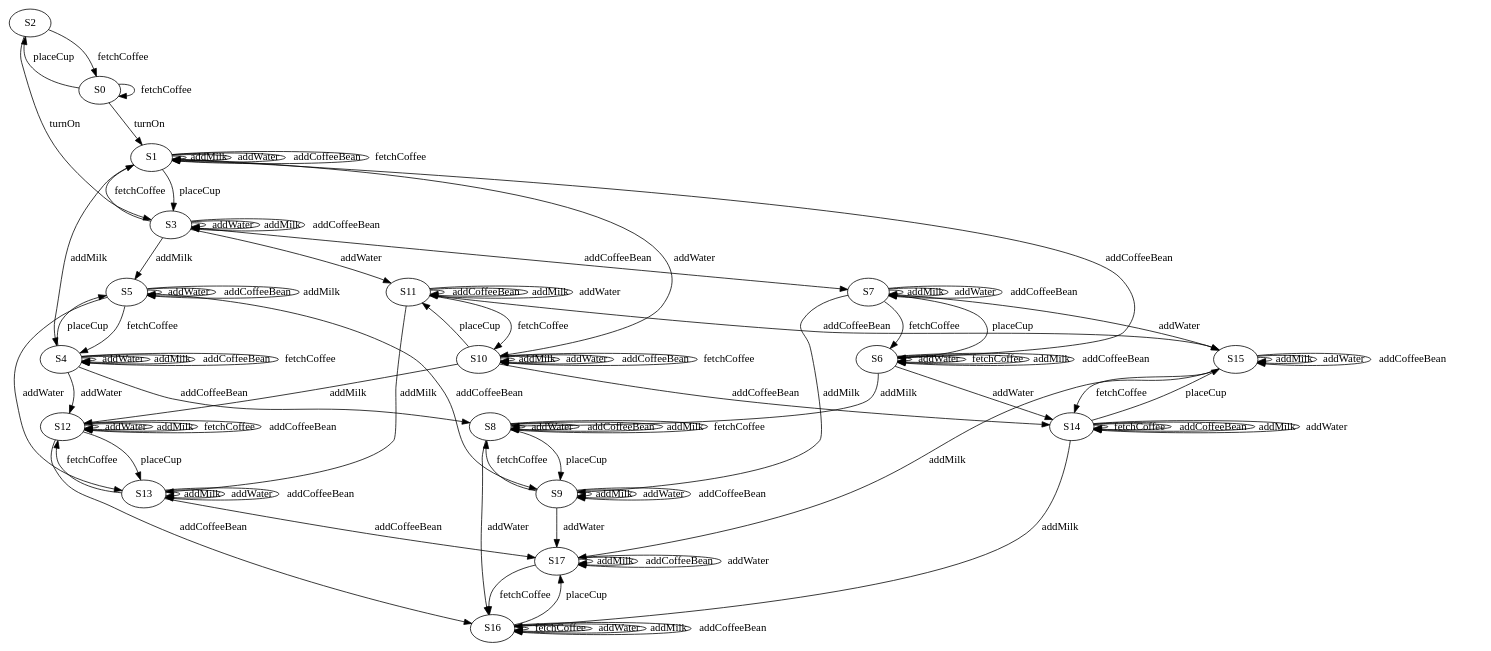
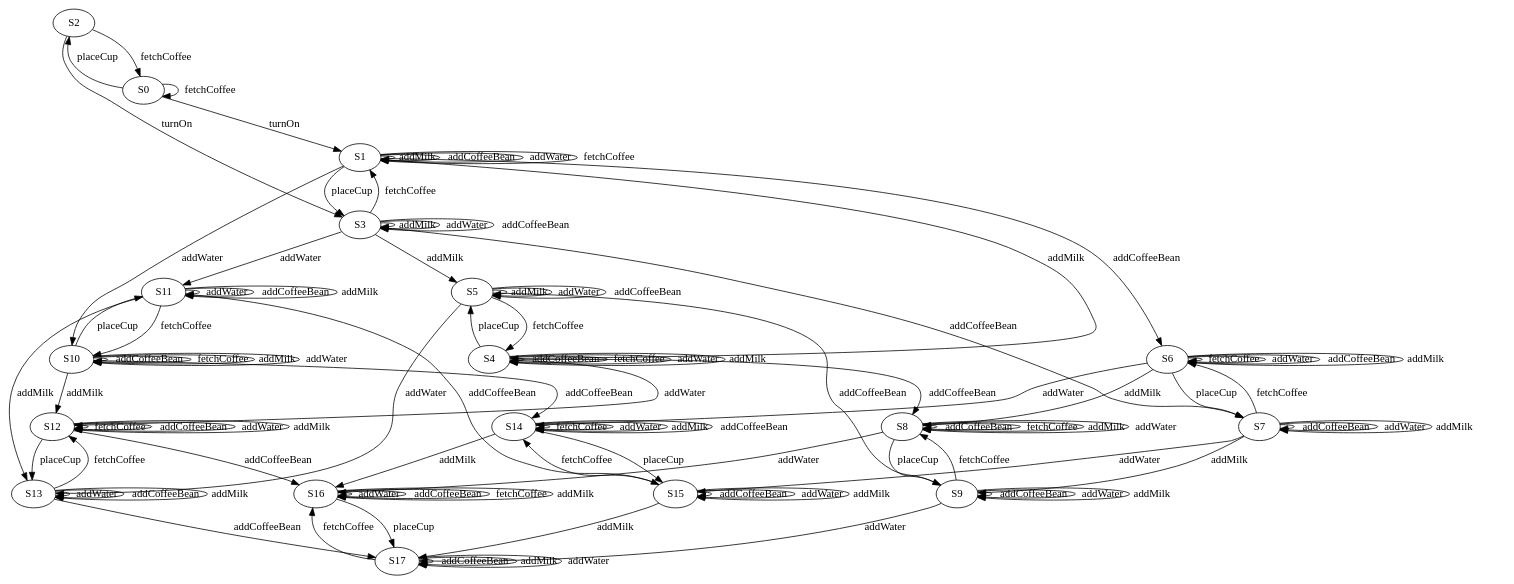
One commit to tao2years/MOCO changed the diagram in src/main/java/MOCO/modelFiles/coffeeMachine_output.dot. Above: the diagram before and after it, drawn with Graphviz. The commit also changed other lines of this file and 8 other files, not shown here.

```diff
--- a/src/main/java/MOCO/modelFiles/coffeeMachine_output.dot
+++ b/src/main/java/MOCO/modelFiles/coffeeMachine_output.dot
@@ -1,105 +1,105 @@
 digraph g {
 
+	S11 -> S10 [label="fetchCoffee"];
+	S12 -> S13 [label="placeCup"];
+	S9 -> S8 [label="fetchCoffee"];
+	S6 -> S8 [label="addMilk"];
+	S8 -> S16 [label="addWater"];
+	S1 -> S6 [label="addCoffeeBean"];
+	S14 -> S14 [label="fetchCoffee"];
+	S8 -> S8 [label="addCoffeeBean"];
+	S5 -> S5 [label="addMilk"];
+	S6 -> S6 [label="fetchCoffee"];
+	S17 -> S17 [label="addCoffeeBean"];
+	S13 -> S12 [label="fetchCoffee"];
+	S3 -> S11 [label="addWater"];
+	S13 -> S13 [label="addWater"];
+	S4 -> S12 [label="addWater"];
+	S10 -> S10 [label="addCoffeeBean"];
+	S12 -> S16 [label="addCoffeeBean"];
+	S13 -> S13 [label="addCoffeeBean"];
+	S9 -> S9 [label="addCoffeeBean"];
+	S17 -> S17 [label="addMilk"];
+	S12 -> S12 [label="fetchCoffee"];
+	S12 -> S12 [label="addCoffeeBean"];
+	S9 -> S9 [label="addWater"];
+	S4 -> S4 [label="addCoffeeBean"];
+	S13 -> S17 [label="addCoffeeBean"];
+	S5 -> S5 [label="addWater"];
+	S6 -> S6 [label="addWater"];
+	S7 -> S7 [label="addCoffeeBean"];
+	S7 -> S7 [label="addWater"];
+	S1 -> S1 [label="addMilk"];
+	S6 -> S7 [label="placeCup"];
+	S11 -> S11 [label="addWater"];
+	S9 -> S17 [label="addWater"];
+	S2 -> S0 [label="fetchCoffee"];
+	S1 -> S1 [label="addCoffeeBean"];
+	S1 -> S1 [label="addWater"];
+	S12 -> S12 [label="addWater"];
+	S1 -> S10 [label="addWater"];
+	S14 -> S14 [label="addWater"];
+	S5 -> S5 [label="addCoffeeBean"];
+	S8 -> S8 [label="fetchCoffee"];
+	S3 -> S3 [label="addMilk"];
+	S0 -> S1 [label="turnOn"];
+	S3 -> S3 [label="addWater"];
+	S3 -> S3 [label="addCoffeeBean"];
+	S15 -> S15 [label="addCoffeeBean"];
+	S16 -> S16 [label="addWater"];
+	S15 -> S15 [label="addWater"];
+	S15 -> S17 [label="addMilk"];
+	S1 -> S1 [label="fetchCoffee"];
+	S15 -> S15 [label="addMilk"];
+	S8 -> S8 [label="addMilk"];
+	S4 -> S4 [label="fetchCoffee"];
+	S12 -> S12 [label="addMilk"];
+	S7 -> S15 [label="addWater"];
+	S17 -> S17 [label="addWater"];
+	S7 -> S6 [label="fetchCoffee"];
+	S17 -> S16 [label="fetchCoffee"];
+	S4 -> S8 [label="addCoffeeBean"];
+	S2 -> S3 [label="turnOn"];
+	S10 -> S10 [label="fetchCoffee"];
+	S11 -> S11 [label="addCoffeeBean"];
+	S1 -> S3 [label="placeCup"];
+	S14 -> S14 [label="addMilk"];
+	S8 -> S8 [label="addWater"];
+	S1 -> S4 [label="addMilk"];
+	S6 -> S6 [label="addCoffeeBean"];
 	S8 -> S9 [label="placeCup"];
-	S12 -> S12 [label="addWater"];
-	S1 -> S1 [label="addMilk"];
-	S15 -> S15 [label="addMilk"];
-	S13 -> S13 [label="addMilk"];
-	S8 -> S8 [label="addWater"];
-	S2 -> S3 [label="turnOn"];
-	S1 -> S1 [label="addWater"];
+	S14 -> S14 [label="addCoffeeBean"];
+	S4 -> S4 [label="addWater"];
+	S5 -> S13 [label="addWater"];
+	S15 -> S14 [label="fetchCoffee"];
+	S4 -> S5 [label="placeCup"];
+	S10 -> S11 [label="placeCup"];
+	S11 -> S11 [label="addMilk"];
 	S9 -> S9 [label="addMilk"];
 	S7 -> S7 [label="addMilk"];
+	S14 -> S15 [label="placeCup"];
+	S3 -> S7 [label="addCoffeeBean"];
+	S11 -> S15 [label="addCoffeeBean"];
+	S7 -> S9 [label="addMilk"];
+	S14 -> S16 [label="addMilk"];
+	S10 -> S12 [label="addMilk"];
+	S3 -> S1 [label="fetchCoffee"];
+	S13 -> S13 [label="addMilk"];
+	S4 -> S4 [label="addMilk"];
+	S16 -> S16 [label="addCoffeeBean"];
+	S16 -> S16 [label="fetchCoffee"];
+	S0 -> S2 [label="placeCup"];
+	S5 -> S9 [label="addCoffeeBean"];
+	S10 -> S14 [label="addCoffeeBean"];
+	S16 -> S16 [label="addMilk"];
+	S16 -> S17 [label="placeCup"];
+	S3 -> S5 [label="addMilk"];
 	S10 -> S10 [label="addMilk"];
-	S16 -> S16 [label="fetchCoffee"];
-	S11 -> S11 [label="addCoffeeBean"];
-	S6 -> S6 [label="addWater"];
-	S5 -> S5 [label="addWater"];
-	S17 -> S17 [label="addMilk"];
-	S6 -> S7 [label="placeCup"];
-	S12 -> S13 [label="placeCup"];
-	S7 -> S9 [label="addMilk"];
-	S4 -> S4 [label="addWater"];
-	S3 -> S5 [label="addMilk"];
-	S15 -> S15 [label="addWater"];
-	S0 -> S1 [label="turnOn"];
-	S4 -> S4 [label="addMilk"];
-	S3 -> S1 [label="fetchCoffee"];
+	S11 -> S13 [label="addMilk"];
+	S5 -> S4 [label="fetchCoffee"];
 	S10 -> S10 [label="addWater"];
-	S7 -> S15 [label="addWater"];
-	S1 -> S1 [label="addCoffeeBean"];
-	S14 -> S16 [label="addMilk"];
-	S1 -> S1 [label="fetchCoffee"];
-	S5 -> S5 [label="addCoffeeBean"];
-	S8 -> S8 [label="addCoffeeBean"];
-	S10 -> S12 [label="addMilk"];
-	S6 -> S6 [label="fetchCoffee"];
-	S10 -> S10 [label="addCoffeeBean"];
-	S16 -> S16 [label="addWater"];
-	S14 -> S14 [label="fetchCoffee"];
-	S16 -> S16 [label="addMilk"];
+	S6 -> S14 [label="addWater"];
+	S6 -> S6 [label="addMilk"];
 	S0 -> S0 [label="fetchCoffee"];
-	S15 -> S17 [label="addMilk"];
-	S4 -> S5 [label="placeCup"];
-	S9 -> S8 [label="fetchCoffee"];
-	S17 -> S16 [label="fetchCoffee"];
-	S14 -> S14 [label="addCoffeeBean"];
-	S8 -> S16 [label="addWater"];
-	S16 -> S17 [label="placeCup"];
-	S2 -> S0 [label="fetchCoffee"];
-	S5 -> S9 [label="addCoffeeBean"];
-	S7 -> S6 [label="fetchCoffee"];
-	S12 -> S12 [label="addMilk"];
-	S1 -> S10 [label="addWater"];
-	S14 -> S15 [label="placeCup"];
-	S1 -> S3 [label="placeCup"];
-	S3 -> S11 [label="addWater"];
-	S17 -> S17 [label="addCoffeeBean"];
-	S14 -> S14 [label="addMilk"];
-	S4 -> S8 [label="addCoffeeBean"];
-	S7 -> S7 [label="addWater"];
-	S10 -> S11 [label="placeCup"];
-	S13 -> S17 [label="addCoffeeBean"];
-	S3 -> S7 [label="addCoffeeBean"];
-	S14 -> S14 [label="addWater"];
-	S3 -> S3 [label="addWater"];
-	S11 -> S10 [label="fetchCoffee"];
-	S13 -> S13 [label="addWater"];
-	S4 -> S12 [label="addWater"];
-	S8 -> S8 [label="addMilk"];
-	S15 -> S15 [label="addCoffeeBean"];
-	S5 -> S5 [label="addMilk"];
-	S12 -> S12 [label="fetchCoffee"];
-	S13 -> S12 [label="fetchCoffee"];
-	S11 -> S15 [label="addCoffeeBean"];
-	S7 -> S7 [label="addCoffeeBean"];
-	S12 -> S16 [label="addCoffeeBean"];
-	S10 -> S10 [label="fetchCoffee"];
-	S4 -> S4 [label="addCoffeeBean"];
-	S9 -> S9 [label="addWater"];
-	S11 -> S11 [label="addMilk"];
-	S9 -> S17 [label="addWater"];
-	S9 -> S9 [label="addCoffeeBean"];
-	S5 -> S13 [label="addWater"];
-	S6 -> S6 [label="addMilk"];
-	S6 -> S14 [label="addWater"];
-	S10 -> S14 [label="addCoffeeBean"];
-	S3 -> S3 [label="addMilk"];
-	S1 -> S6 [label="addCoffeeBean"];
-	S16 -> S16 [label="addCoffeeBean"];
-	S8 -> S8 [label="fetchCoffee"];
-	S13 -> S13 [label="addCoffeeBean"];
-	S1 -> S4 [label="addMilk"];
-	S5 -> S4 [label="fetchCoffee"];
-	S11 -> S13 [label="addMilk"];
-	S6 -> S8 [label="addMilk"];
-	S12 -> S12 [label="addCoffeeBean"];
-	S6 -> S6 [label="addCoffeeBean"];
-	S15 -> S14 [label="fetchCoffee"];
-	S17 -> S17 [label="addWater"];
-	S0 -> S2 [label="placeCup"];
-	S3 -> S3 [label="addCoffeeBean"];
-	S4 -> S4 [label="fetchCoffee"];
-	S11 -> S11 [label="addWater"];
 
 }
```
